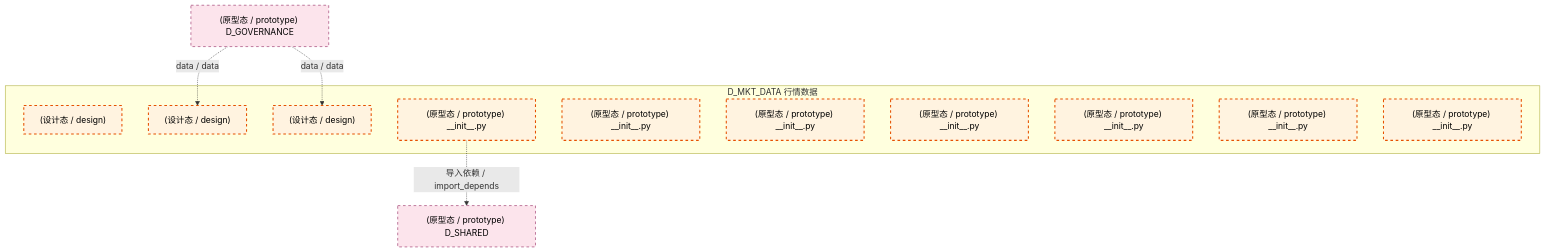
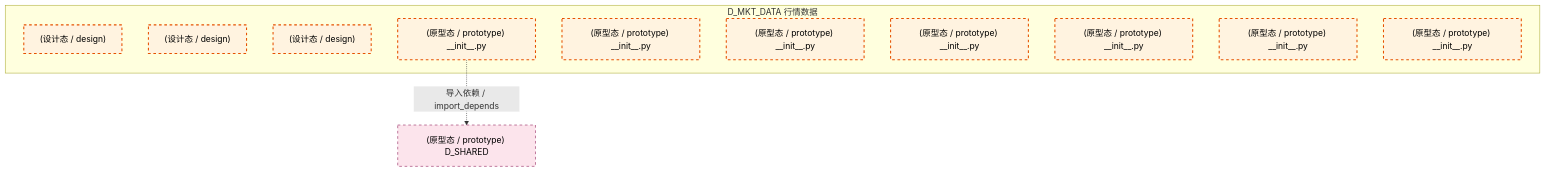
Before and after one commit to xuanFelixVan/ZephyrAlpha: the first of 4 diagrams in docs/02_enterprise_architecture/02_domain_architecture_docs/14_d_mkt_data.md, drawn with Mermaid. The commit also changed other lines of this file and 99 other files, not shown here.

````diff
--- a/docs/02_enterprise_architecture/02_domain_architecture_docs/14_d_mkt_data.md
+++ b/docs/02_enterprise_architecture/02_domain_architecture_docs/14_d_mkt_data.md
@@ -73,26 +73,23 @@
 ```mermaid
 graph TD
     subgraph D_MKT_DATA["D_MKT_DATA 行情数据"]
         docs_03_modules_cross_layer_database_sub_blueprints_c1_market_clickhouse_md["(设计态 / design) "]
         docs_03_modules_domain_data_data_acquisition_plan_md["(设计态 / design) "]
         docs_03_modules_domain_data_data_source_operation_manual_md["(设计态 / design) "]
         src_zephyr_market_data_init_py["(原型态 / prototype) __init__.py"]
         src_zephyr_market_data_extensions_init_py["(原型态 / prototype) __init__.py"]
         src_zephyr_market_data_api_init_py["(原型态 / prototype) __init__.py"]
         src_zephyr_market_data_core_init_py["(原型态 / prototype) __init__.py"]
         src_zephyr_market_data_infrastructure_init_py["(原型态 / prototype) __init__.py"]
         src_zephyr_market_data_models_init_py["(原型态 / prototype) __init__.py"]
         src_zephyr_market_data_services_init_py["(原型态 / prototype) __init__.py"]
     end
     D_SHARED["(原型态 / prototype) D_SHARED"]
     src_zephyr_market_data_init_py -.->|导入依赖 / import_depends| D_SHARED
-    D_GOVERNANCE["(原型态 / prototype) D_GOVERNANCE"]
-    D_GOVERNANCE -.->|data / data| docs_03_modules_domain_data_data_source_operation_manual_md
-    D_GOVERNANCE -.->|data / data| docs_03_modules_domain_data_data_acquisition_plan_md
     classDef production fill:#e1f5fe,stroke:#01579b,stroke-width:2px,color:#000
     classDef design fill:#fff3e0,stroke:#e65100,stroke-width:2px,color:#000,stroke-dasharray: 5 5
     classDef external_prod fill:#e8f5e9,stroke:#1b5e20,stroke-width:1px,color:#000
     classDef external_design fill:#fce4ec,stroke:#880e4f,stroke-width:1px,color:#000,stroke-dasharray: 5 5
     class docs_03_modules_cross_layer_database_sub_blueprints_c1_market_clickhouse_md,docs_03_modules_domain_data_data_acquisition_plan_md,docs_03_modules_domain_data_data_source_operation_manual_md,src_zephyr_market_data_init_py,src_zephyr_market_data_extensions_init_py,src_zephyr_market_data_api_init_py,src_zephyr_market_data_core_init_py,src_zephyr_market_data_infrastructure_init_py,src_zephyr_market_data_models_init_py,src_zephyr_market_data_services_init_py design
-    class D_SHARED,D_GOVERNANCE external_design
+    class D_SHARED external_design
 ```
````
